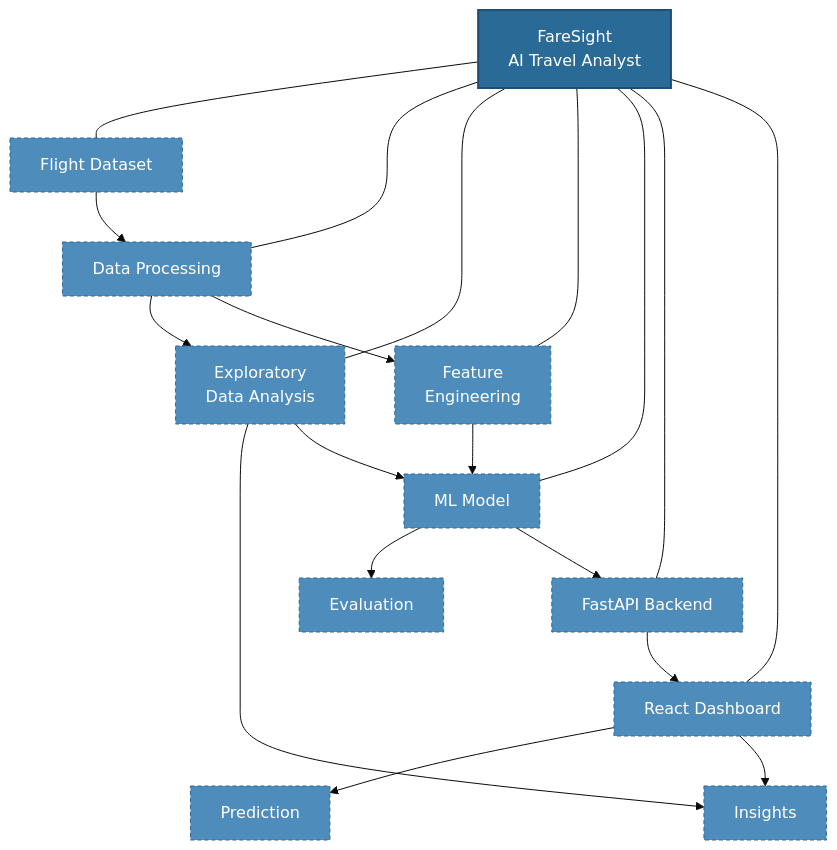
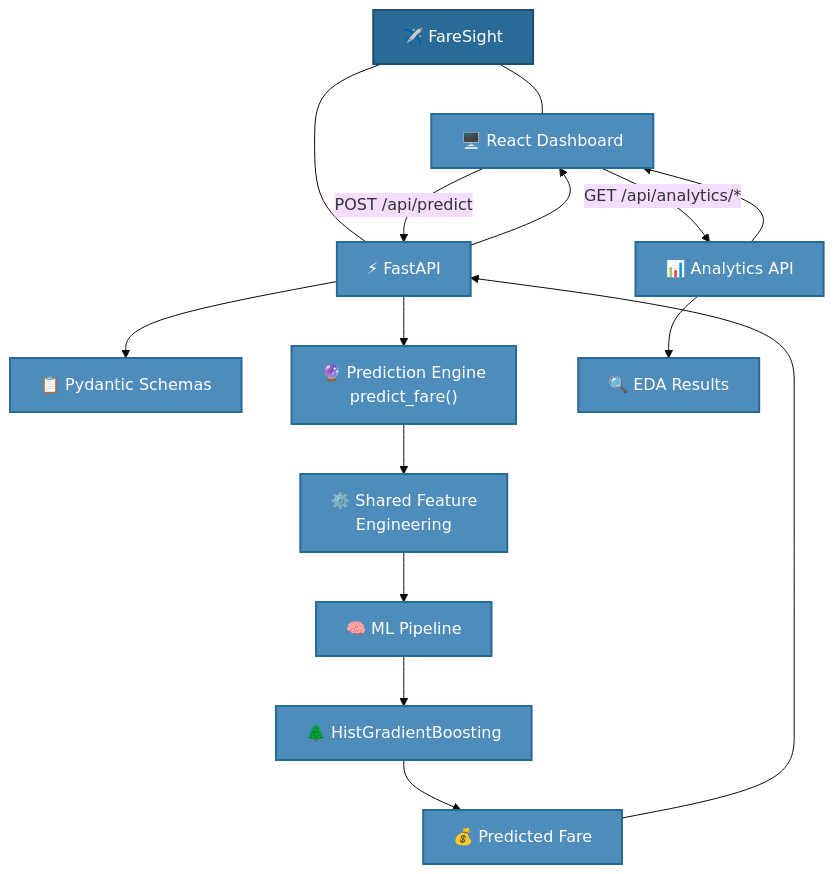
Before and after one commit to buildwithsoumya/FareSight: the diagram in README.md, drawn with Mermaid (base theme). The commit also changed other lines of this file and 1 other file, not shown here.

````diff
--- a/README.md
+++ b/README.md
@@ -64,39 +62,34 @@
 ```mermaid
 flowchart TD
-    FS["FareSight<br/>AI Travel Analyst"]
-    DS["Flight Dataset"]
-    DP["Data Processing"]
-    EDA["Exploratory<br/>Data Analysis"]
-    FE["Feature<br/>Engineering"]
-    ML["ML Model"]
-    EVAL["Evaluation"]
-    API["FastAPI Backend"]
-    UI["React Dashboard"]
-    PRED["Prediction"]
-    INS["Insights"]
+    FS["✈️ FareSight"]
+    UI["🖥️ React Dashboard"]
+    API["⚡ FastAPI"]
+    SCHEMAS["📋 Pydantic Schemas"]
+    PE["🔮 Prediction Engine<br/>predict_fare()"]
+    FE["⚙️ Shared Feature<br/>Engineering"]
+    ML["🧠 ML Pipeline"]
+    HGB["🌲 HistGradientBoosting"]
+    PRED["💰 Predicted Fare"]
+    ANA["📊 Analytics API"]
+    EDA["🔍 EDA Results"]
 
-    FS --- DS
-    FS --- DP
-    FS --- EDA
-    FS --- FE
-    FS --- ML
+    FS --- UI
     FS --- API
-    FS --- UI
-
-    DS --> DP
-    DP --> EDA
-    DP --> FE
-    EDA --> INS
-    EDA --> ML
+    UI -->|"POST /api/predict"| API
+    UI -->|"GET /api/analytics/*"| ANA
+    API --> SCHEMAS
+    API --> PE
+    PE --> FE
     FE --> ML
-    ML --> EVAL
-    ML --> API
+    ML --> HGB
+    HGB --> PRED
+    PRED --> API
     API --> UI
-    UI --> PRED
-    UI --> INS
+    ANA --> EDA
+    ANA --> UI
 
     classDef core fill:#2a6a96,color:#ffffff,stroke:#1e4f72,stroke-width:2px;
-    classDef planned fill:#4d8cbb,color:#ffffff,stroke:#2a6a96,stroke-dasharray:4 3;
+    classDef flow fill:#4d8cbb,color:#ffffff,stroke:#2a6a96,stroke-width:2px;
     class FS core;
-    class DS,DP,EDA,FE,ML,EVAL,API,UI,PRED,INS planned;
+    class UI,API,SCHEMAS,PE,FE,ML,HGB,PRED,ANA,EDA flow;
 ```
````
